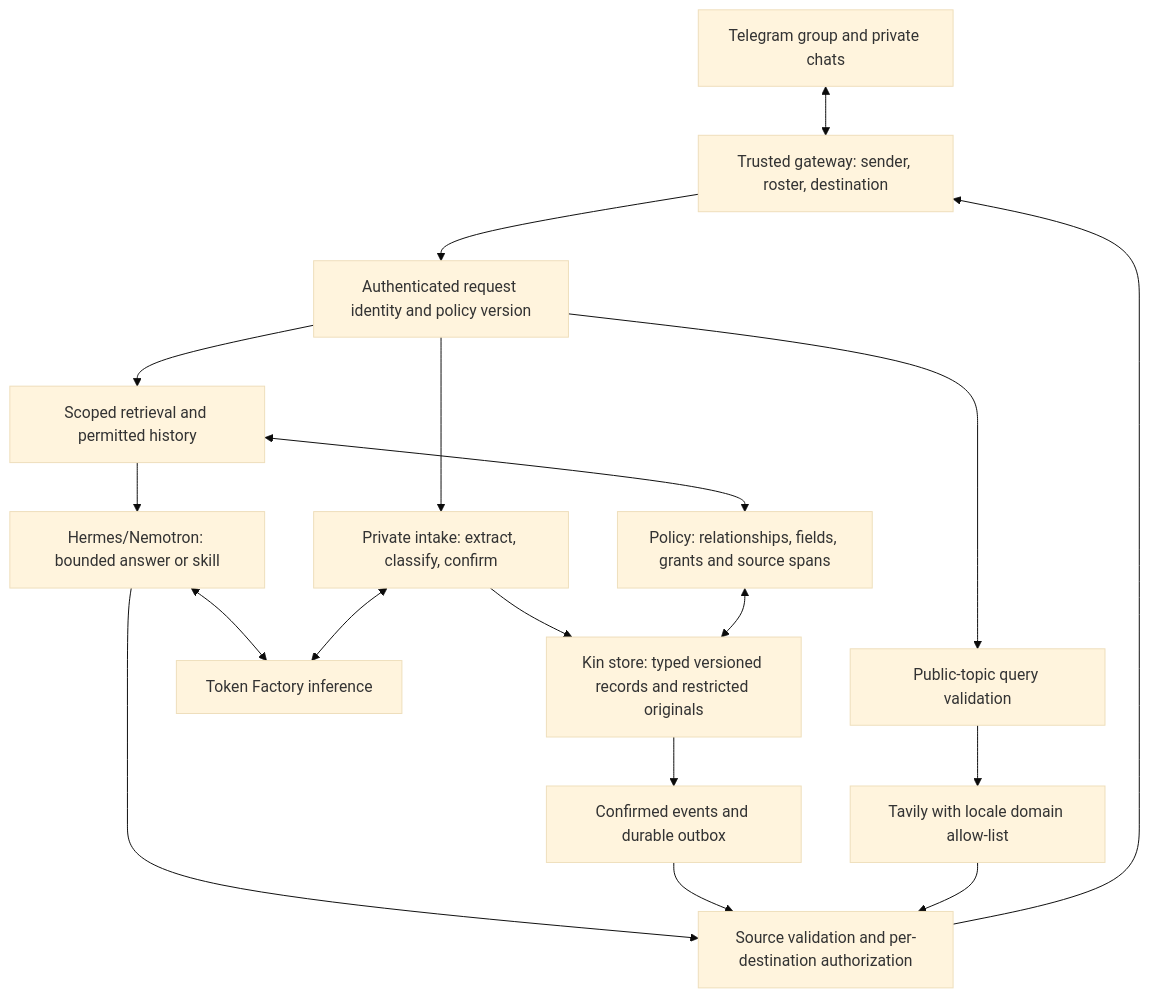
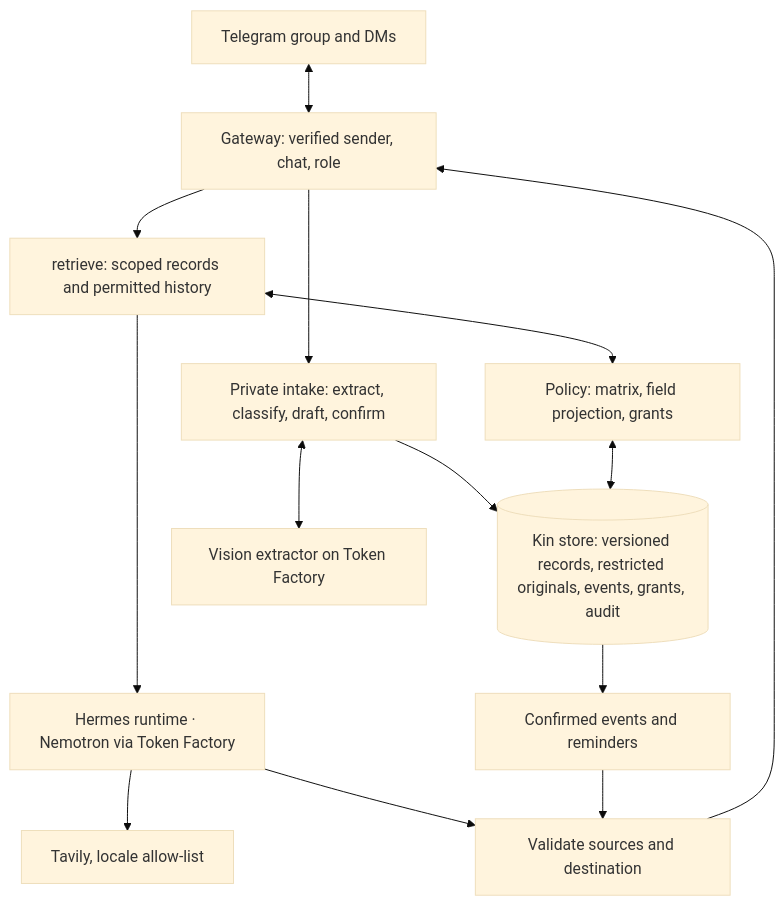
Before and after one commit to wenhao7/kin: the diagram in docs/05-architecture.md, drawn with Mermaid (base theme). The commit also changed other lines of this file and 13 other files, not shown here.

````diff
--- a/docs/05-architecture.md
+++ b/docs/05-architecture.md
@@ -7,20 +7,16 @@
 ```mermaid
 flowchart TB
-    TG[Telegram group and private chats] <--> GW[Trusted gateway: sender, roster, destination]
-    GW --> ID[Authenticated request identity and policy version]
-    ID --> IN[Private intake: extract, classify, confirm]
-    ID --> RET[Scoped retrieval and permitted history]
-    IN --> DB[Kin store: typed versioned records and restricted originals]
-    RET <--> PE[Policy: relationships, fields, grants and source spans]
+    TG[Telegram group and DMs] <--> GW[Gateway: verified sender, chat, role]
+    GW --> IN[Private intake: extract, classify, draft, confirm]
+    GW --> RET[retrieve: scoped records and permitted history]
+    IN --> DB[(Kin store: versioned records, restricted originals, events, grants, audit)]
+    RET <--> PE[Policy: matrix, field projection, grants]
     PE <--> DB
-    RET --> AG[Hermes/Nemotron: bounded answer or skill]
-    AG --> OUT[Source validation and per-destination authorization]
+    RET --> AG[Hermes runtime · Nemotron via Token Factory]
+    AG --> OUT[Validate sources and destination]
     OUT --> GW
-    DB --> EV[Confirmed events and durable outbox]
+    DB --> EV[Confirmed events and reminders]
     EV --> OUT
-    AG <--> TF[Token Factory inference]
-    IN <--> TF
-    ID --> Q[Public-topic query validation]
-    Q --> TV[Tavily with locale domain allow-list]
-    TV --> OUT
+    IN <--> VX[Vision extractor on Token Factory]
+    AG --> TV[Tavily, locale allow-list]
 ```
````
